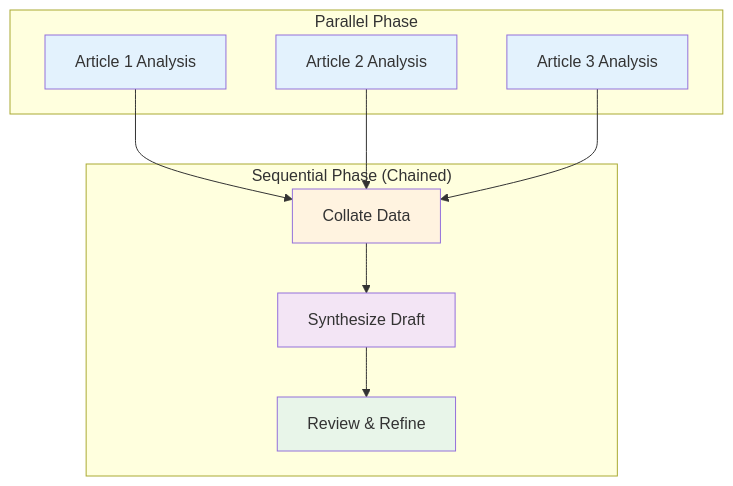
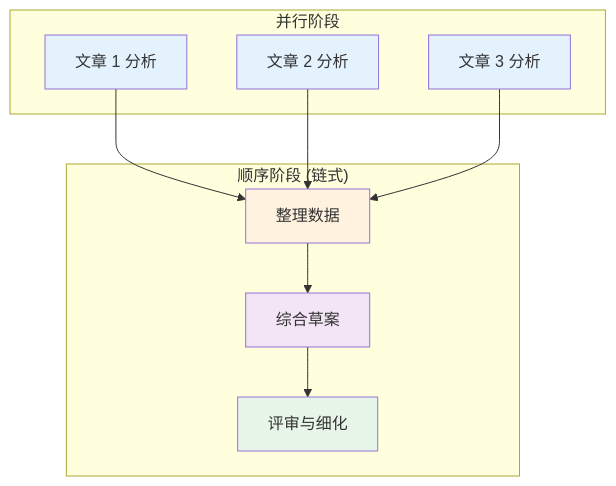
Diagram 15 of 20 in i18n/zh-Hans/docusaurus-plugin-content-docs/current/ai/agents/design-patterns.mdx (YiWang24/AiDIY), drawn with Mermaid before and after one commit. The commit also changed other lines of this file and 59 other files, not shown here.

````diff
--- a/i18n/zh-Hans/docusaurus-plugin-content-docs/current/ai/agents/design-patterns.mdx
+++ b/i18n/zh-Hans/docusaurus-plugin-content-docs/current/ai/agents/design-patterns.mdx
@@ -804,26 +799,26 @@
 ```mermaid
 flowchart TB
-    subgraph Parallel["Parallel Phase"]
-        A1[Article 1 Analysis]
-        A2[Article 2 Analysis]
-        A3[Article 3 Analysis]
+    subgraph Parallel["并行阶段"]
+        A1[文章 1 分析]
+        A2[文章 2 分析]
+        A3[文章 3 分析]
     end
 
-    subgraph Sequential["Sequential Phase (Chained)"]
-        S1[Collate Data]
-        S2[Synthesize Draft]
-        S3[Review & Refine]
+    subgraph Sequential["顺序阶段 (链式)"]
+        S1[整理数据]
+        S2[综合草案]
+        S3[评审与细化]
     end
 
     A1 --> S1
     A2 --> S1
     A3 --> S1
     S1 --> S2 --> S3
 
     style A1 fill:#e3f2fd
     style A2 fill:#e3f2fd
     style A3 fill:#e3f2fd
     style S1 fill:#fff3e0
     style S2 fill:#f3e5f5
     style S3 fill:#e8f5e9
 ```
````
